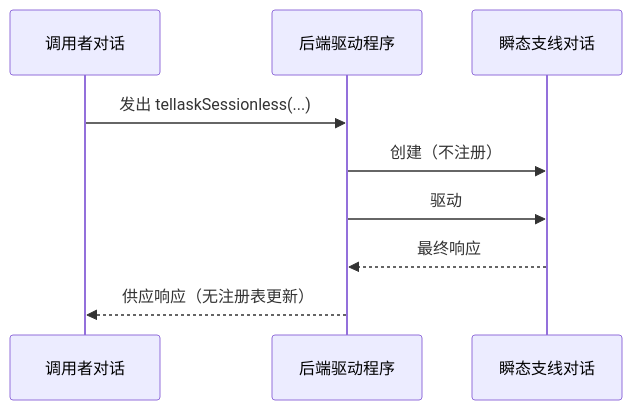
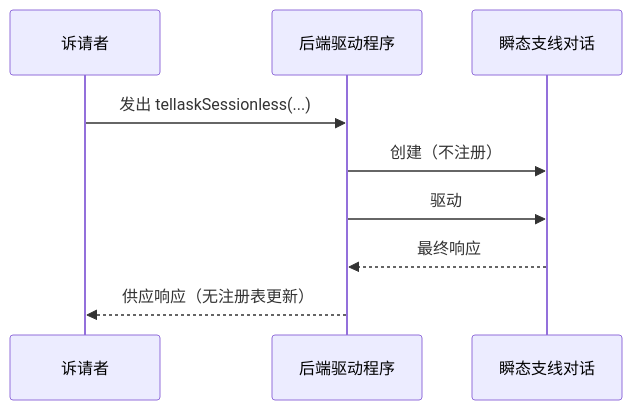
Diagram 13 of 19 in docs/dialog-system.zh.md (longrun-ai/dominds), drawn with Mermaid before and after one commit. The commit also changed other lines of this file and 105 other files, not shown here.

````diff
--- a/docs/dialog-system.zh.md
+++ b/docs/dialog-system.zh.md
@@ -1286,12 +1284,12 @@
 ```mermaid
 sequenceDiagram
-  participant Caller as 调用者对话
+  participant Requester as 诉请者
   participant Driver as 后端驱动程序
   participant Side as 瞬态支线对话
 
-  Caller->>Driver: 发出 tellaskSessionless(...)
+  Requester->>Driver: 发出 tellaskSessionless(...)
   Driver->>Side: 创建（不注册）
   Driver->>Side: 驱动
   Side-->>Driver: 最终响应
-  Driver-->>Caller: 供应响应（无注册表更新）
+  Driver-->>Requester: 供应响应（无注册表更新）
 ```
````
